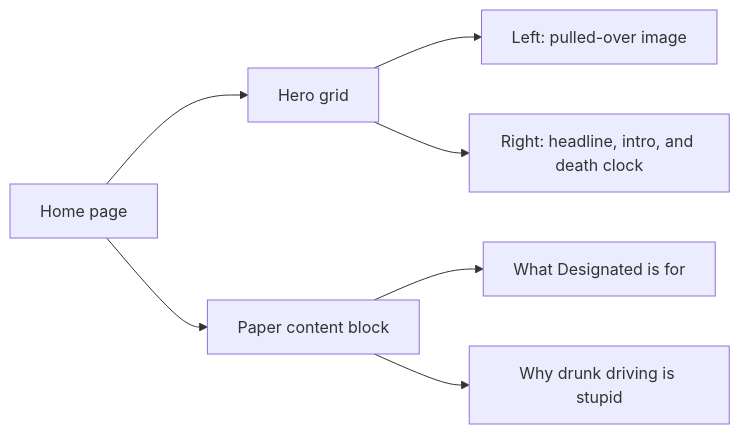
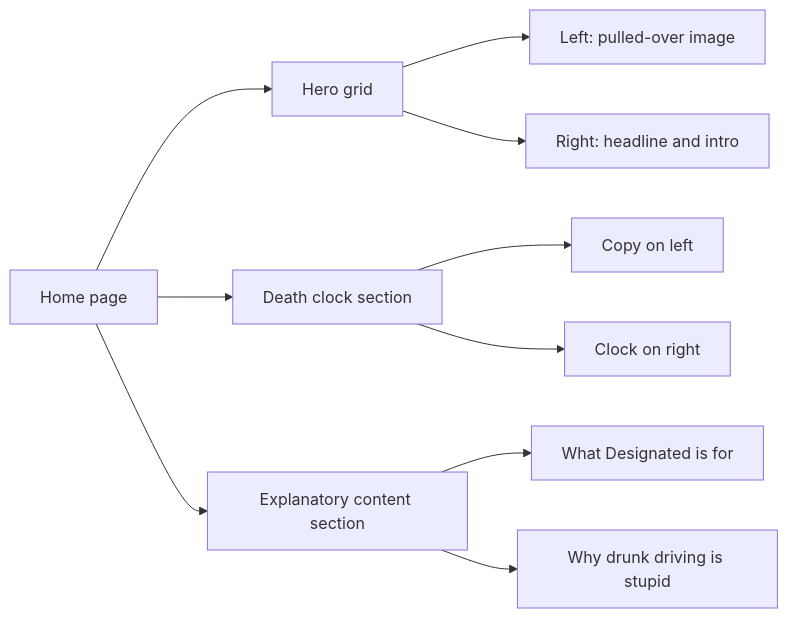
Before and after one commit to matthewlovestocode/designated: the diagram in docs/web/pages/home-page.md, drawn with Mermaid. The commit also changed other lines of this file and 5 other files, not shown here.

Commit message:
Refine death clock section

````diff
--- a/docs/web/pages/home-page.md
+++ b/docs/web/pages/home-page.md
@@ -27,9 +27,12 @@
 ```mermaid
 flowchart LR
     A["Home page"] --> B["Hero grid"]
     B --> C["Left: pulled-over image"]
-    B --> D["Right: headline, intro, and death clock"]
-    A --> E["Paper content block"]
-    E --> F["What Designated is for"]
-    E --> G["Why drunk driving is stupid"]
+    B --> D["Right: headline and intro"]
+    A --> E["Death clock section"]
+    E --> F["Copy on left"]
+    E --> G["Clock on right"]
+    A --> H["Explanatory content section"]
+    H --> I["What Designated is for"]
+    H --> J["Why drunk driving is stupid"]
 ```
````
